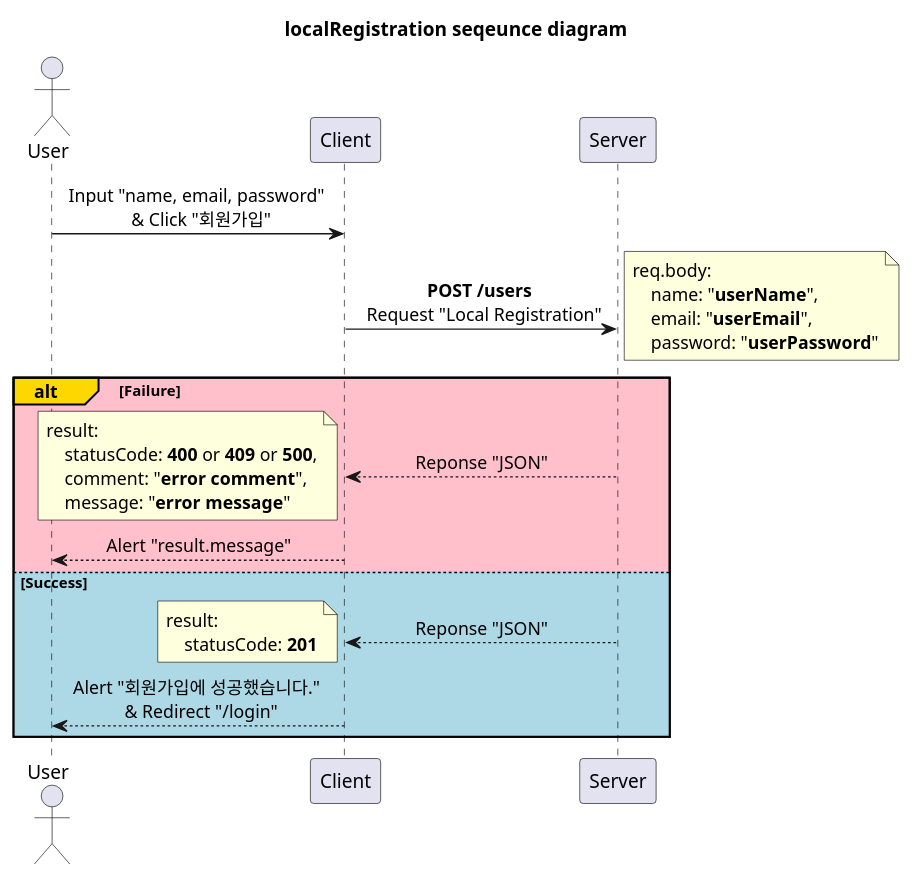
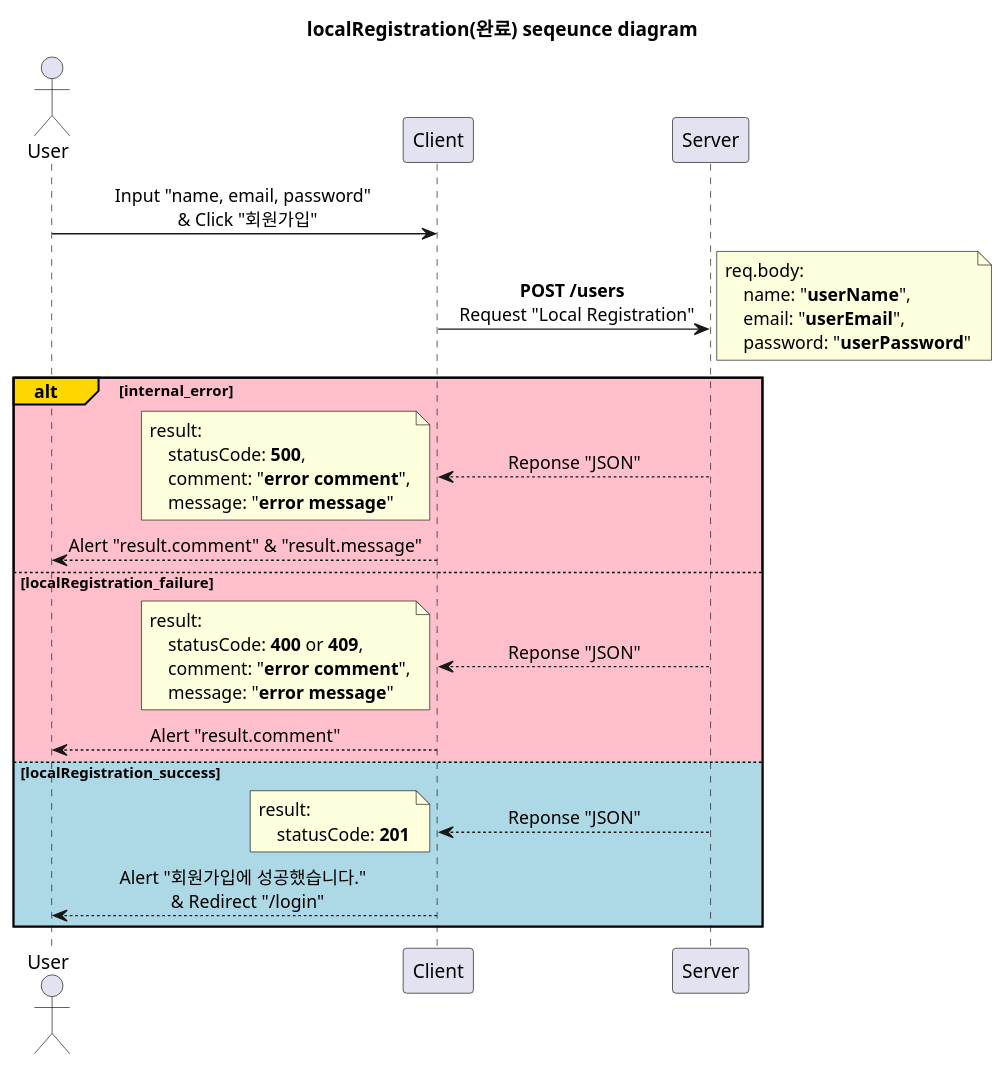
The diagram in diagram/registration_page/localRegistration.puml (devSeungBin/SSCS), drawn with PlantUML before and after one commit. The commit also changed 12 other files, not shown here.

```diff
--- a/diagram/registration_page/localRegistration.puml
+++ b/diagram/registration_page/localRegistration.puml
@@ -1,42 +1,52 @@
-@startuml localRegistration
+@startuml localRegistration(완료)
 'http://localhost:3000/registration
 
-title localRegistration seqeunce diagram
+title localRegistration(완료) seqeunce diagram
 
 skinparam SequenceMessageAlignment center
 
 participant Server order 30
 participant Client order 20
 actor User order 10
 
 User -> Client: Input "name, email, password" \n & Click "회원가입"
 
 Client -> Server: **POST /users** \n Request "Local Registration"
 note right
     req.body:
         name: "**userName**",
         email: "**userEmail**",
         password: "**userPassword**"
 end note
 
-alt#Gold #Pink Failure
+alt#Gold #Pink internal_error
     Client <-- Server: Reponse "JSON"
     note left
         result:
-            statusCode: **400** or **409** or **500**,
+            statusCode: **500**,
             comment: "**error comment**",
             message: "**error message**"
     end note
-    User <-- Client: Alert "result.message"
+    User <-- Client: Alert "result.comment" & "result.message"
 
-else #LightBlue Success
+else #Pink localRegistration_failure
+    Client <-- Server: Reponse "JSON"
+    note left
+        result:
+            statusCode: **400** or **409**,
+            comment: "**error comment**",
+            message: "**error message**"
+    end note
+    User <-- Client: Alert "result.comment"
+
+else #LightBlue localRegistration_success
     Client <-- Server: Reponse "JSON"
     note left
         result:
             statusCode: **201**
     end note
     User <-- Client: Alert "회원가입에 성공했습니다." \n & Redirect "/login"
 
 end
 
 @enduml
```
